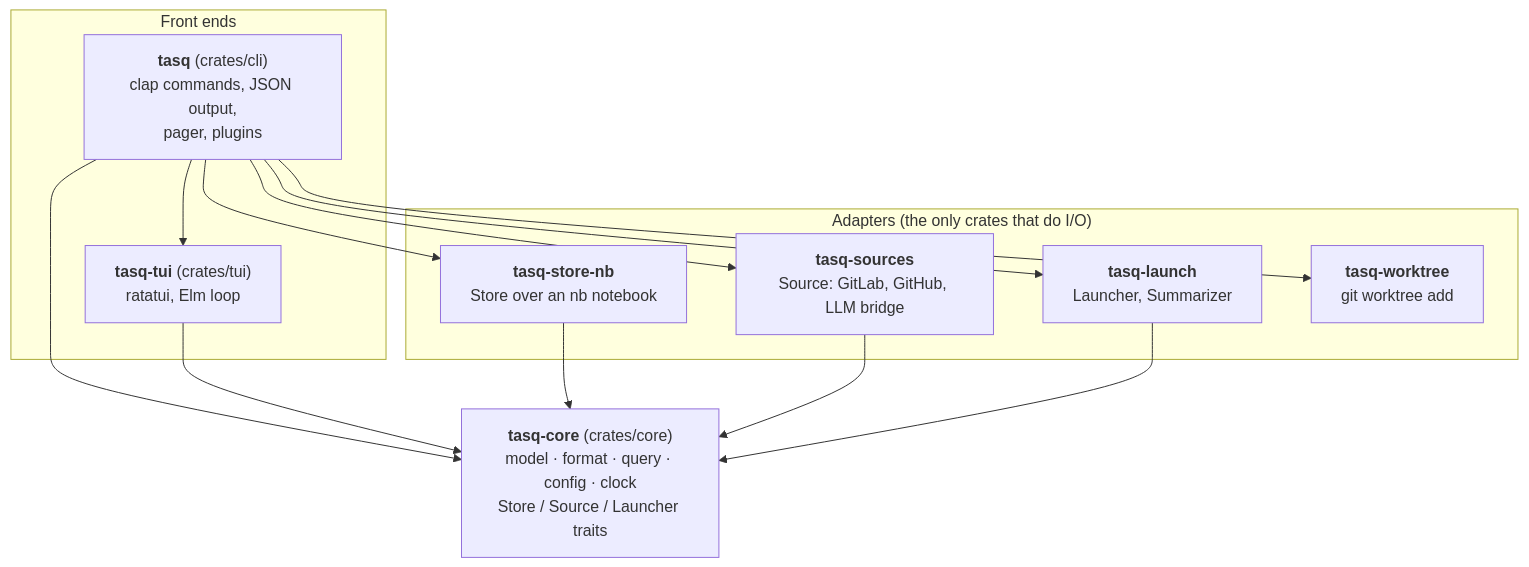
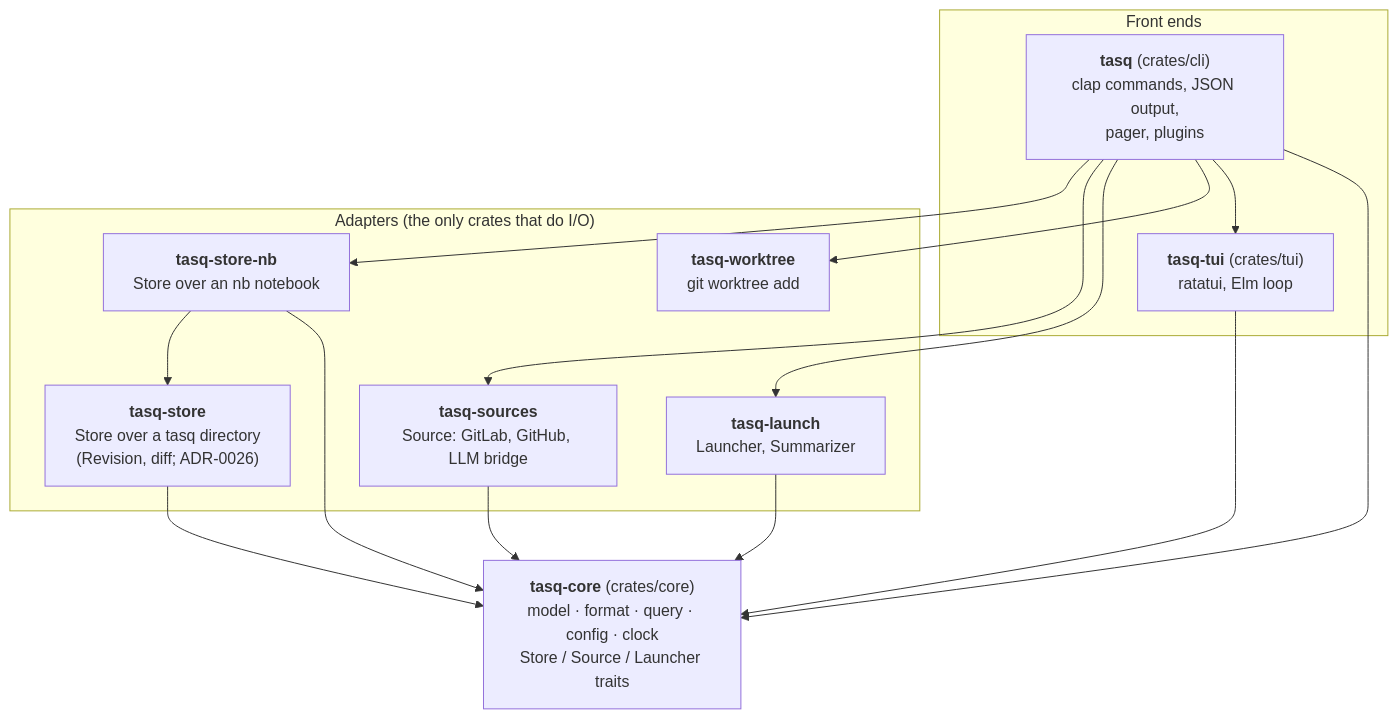
One commit to pauc/tasq changed the first of 7 diagrams in docs/architecture.md. Above: the diagram before and after it, drawn with Mermaid. The commit also changed other lines of this file and 16 other files, not shown here.

First line of the commit message:
refactor(store): add tasq-store with revision and diff moved out of store-nb

````diff
--- a/docs/architecture.md
+++ b/docs/architecture.md
@@ -11,27 +11,30 @@
 ```mermaid
 flowchart TB
     subgraph front["Front ends"]
         cli["<b>tasq</b> (crates/cli)<br/>clap commands, JSON output,<br/>pager, plugins"]
         tui["<b>tasq-tui</b> (crates/tui)<br/>ratatui, Elm loop"]
     end
 
     subgraph adapters["Adapters (the only crates that do I/O)"]
+        tstore["<b>tasq-store</b><br/>Store over a tasq directory<br/>(Revision, diff; ADR-0026)"]
         store["<b>tasq-store-nb</b><br/>Store over an nb notebook"]
         sources["<b>tasq-sources</b><br/>Source: GitLab, GitHub, LLM bridge"]
         launch["<b>tasq-launch</b><br/>Launcher, Summarizer"]
         worktree["<b>tasq-worktree</b><br/>git worktree add"]
     end
 
     core["<b>tasq-core</b> (crates/core)<br/>model · format · query · config · clock<br/>Store / Source / Launcher traits"]
 
     cli --> store
+    store --> tstore
+    tstore --> core
     cli --> sources
     cli --> launch
     cli --> worktree
     cli --> tui
     cli --> core
     tui --> core
     store --> core
     sources --> core
     launch --> core
 ```
````
